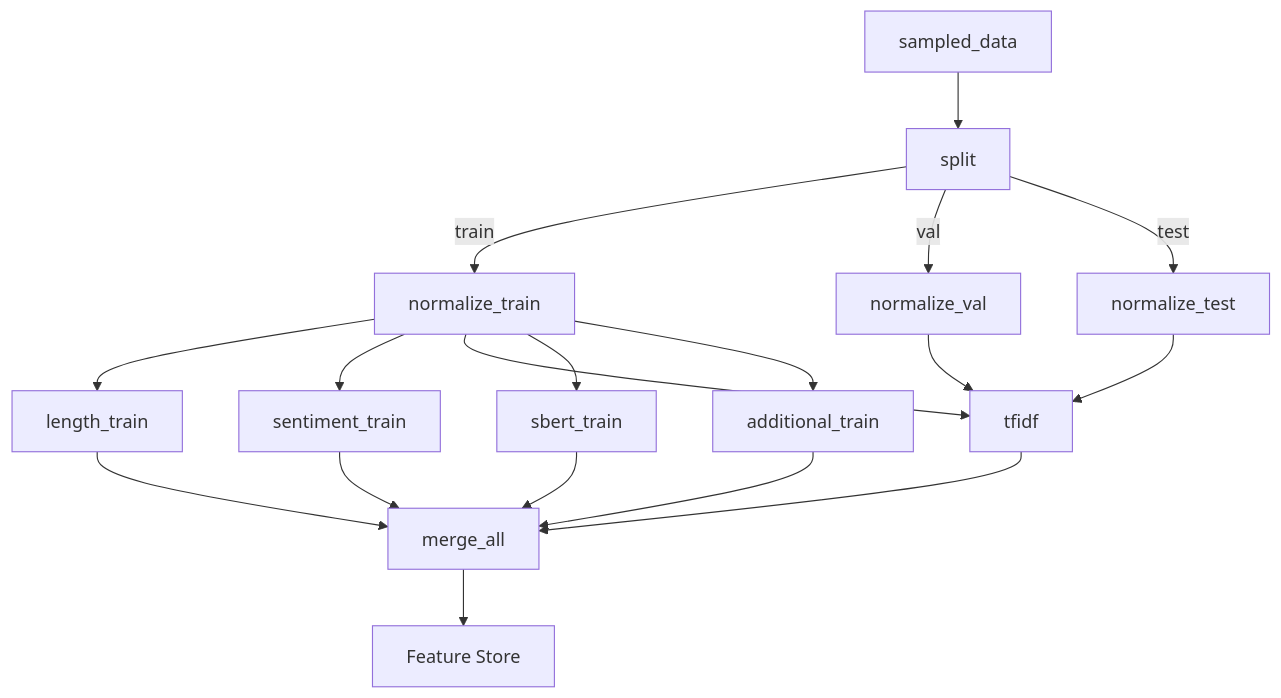
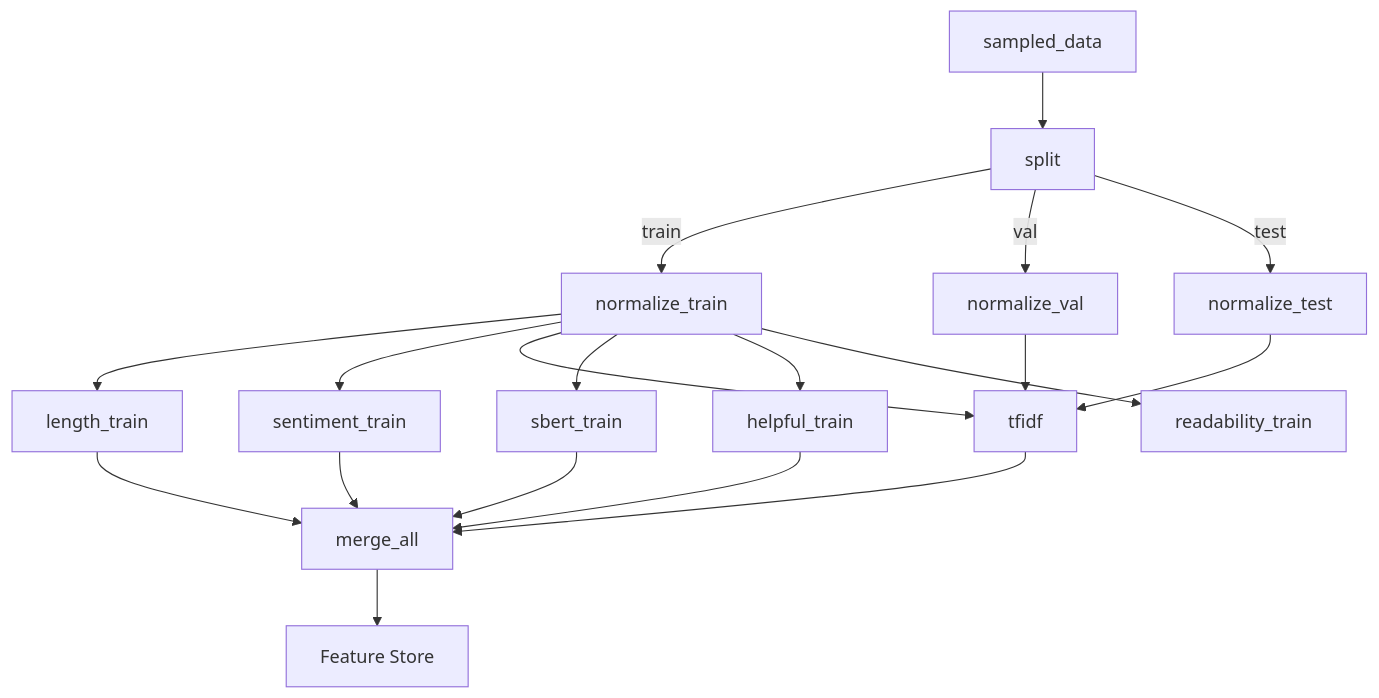
Before and after one commit to Rawand-udst/ClouldComputing_labs-Assignment1: the diagram in README.md, drawn with Mermaid. The commit also changed other lines of this file, not shown here.

````diff
--- a/README.md
+++ b/README.md
@@ -384,20 +425,21 @@
 ```mermaid
 graph TD
     A[sampled_data] --> B[split]
     B -->|train| C[normalize_train]
     B -->|val| D[normalize_val]
     B -->|test| E[normalize_test]
     C --> F[length_train]
     C --> G[sentiment_train]
     C --> H[tfidf]
     D --> H
     E --> H
     C --> I[sbert_train]
-    C --> J[additional_train]
+    C --> J[helpful_train]
+    C --> P[readability_train]
     F --> K[merge_all]
     G --> K
     H --> K
     I --> K
     J --> K
     K --> L[Feature Store]
 ```
````
